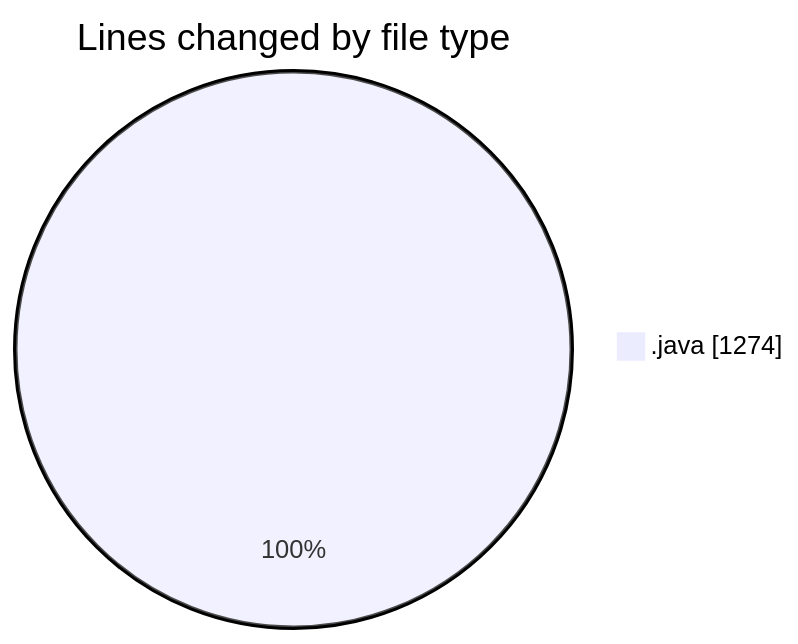
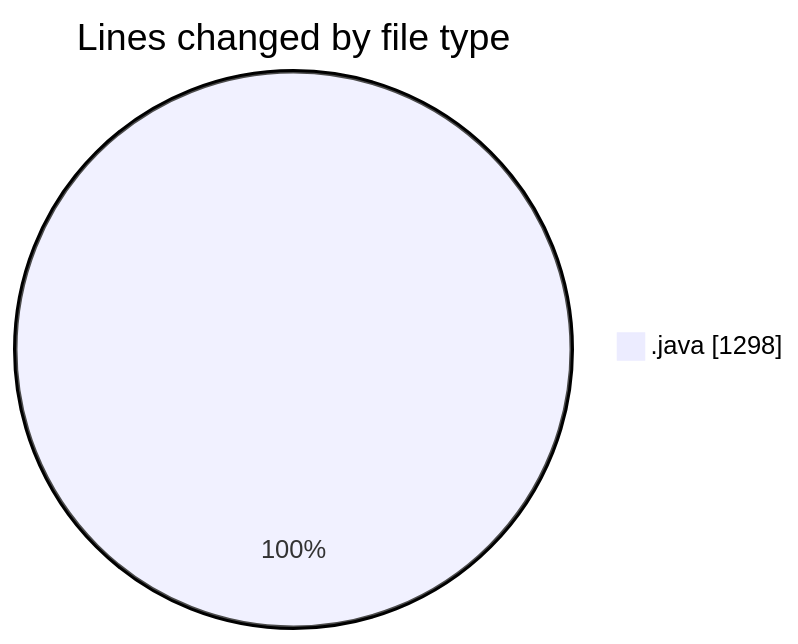
One commit to Elitesun/code-tracking changed the first of 2 diagrams in 2025-02-20/projet/README.md. Above: the diagram before and after it, drawn with Mermaid. The commit also changed other lines of this file and 1 other file, not shown here.

````diff
--- a/2025-02-20/projet/README.md
+++ b/2025-02-20/projet/README.md
@@ -25,5 +25,5 @@
 ```mermaid
 pie showData
 title Lines changed by file type
-".java" : 1274
+".java" : 1298
 ```
````
